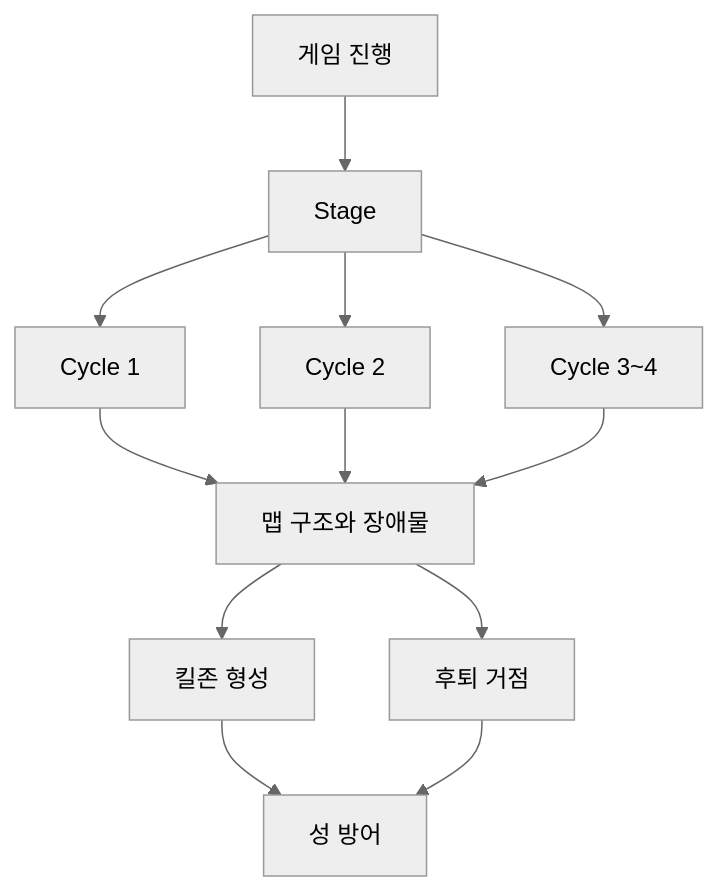
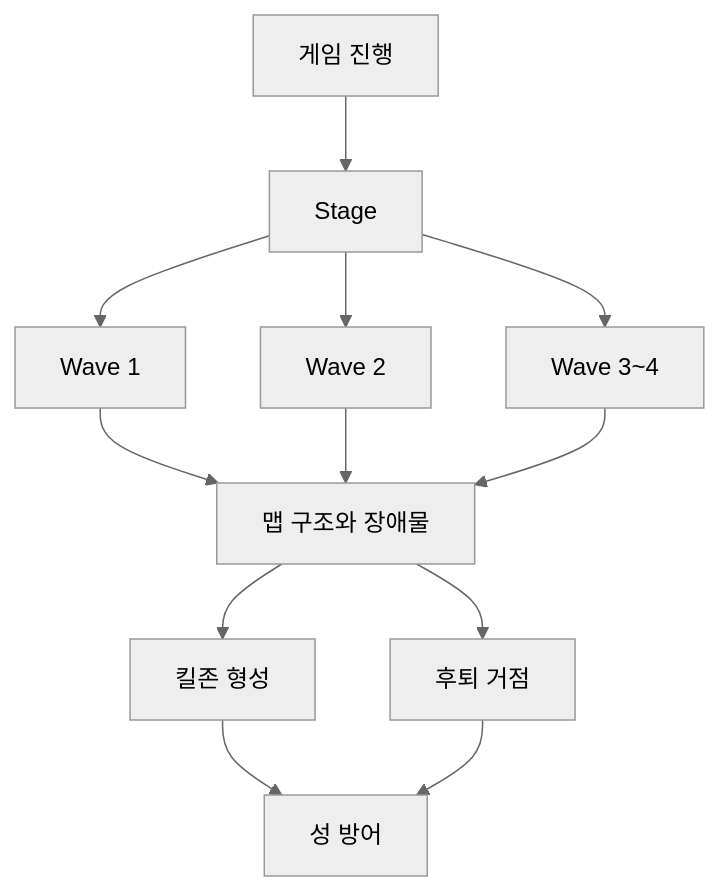
One commit to leeminq1/flutter_game_depense_hero changed the first of 4 diagrams in docs/design-docs/map-authoring/visual-guide.md. Above: the diagram before and after it, drawn with Mermaid (neutral theme). The commit also changed other lines of this file and 54 other files, not shown here.

````diff
--- a/docs/design-docs/map-authoring/visual-guide.md
+++ b/docs/design-docs/map-authoring/visual-guide.md
@@ -29,14 +29,14 @@
 ```mermaid
 flowchart TD
     G["게임 진행"] --> S["Stage"]
-    S --> C1["Cycle 1"]
-    S --> C2["Cycle 2"]
-    S --> C3["Cycle 3~4"]
+    S --> C1["Wave 1"]
+    S --> C2["Wave 2"]
+    S --> C3["Wave 3~4"]
     C1 --> M["맵 구조와 장애물"]
     C2 --> M
     C3 --> M
     M --> K["킬존 형성"]
     M --> F["후퇴 거점"]
     K --> R["성 방어"]
     F --> R
 ```
````
